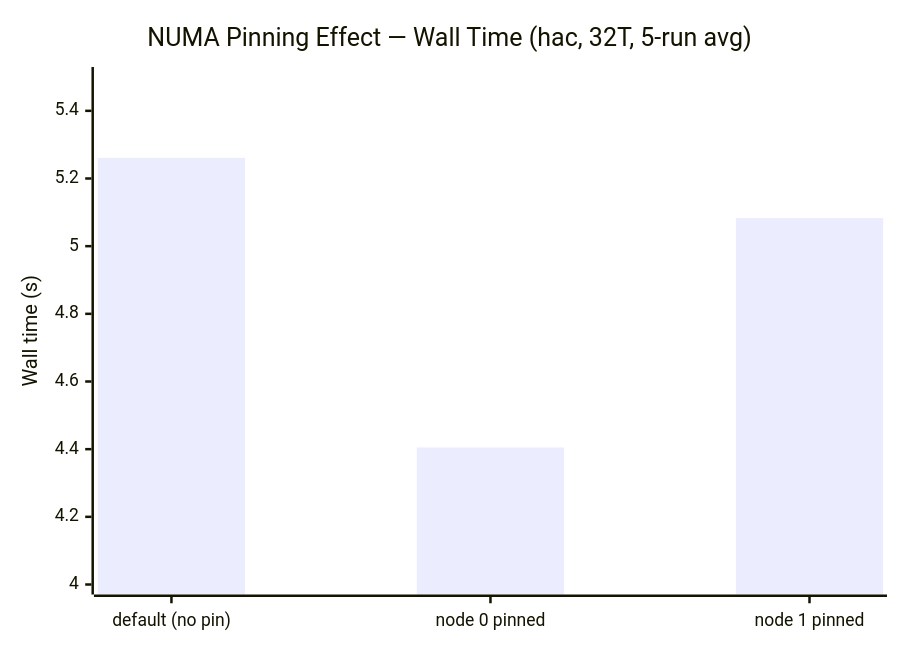
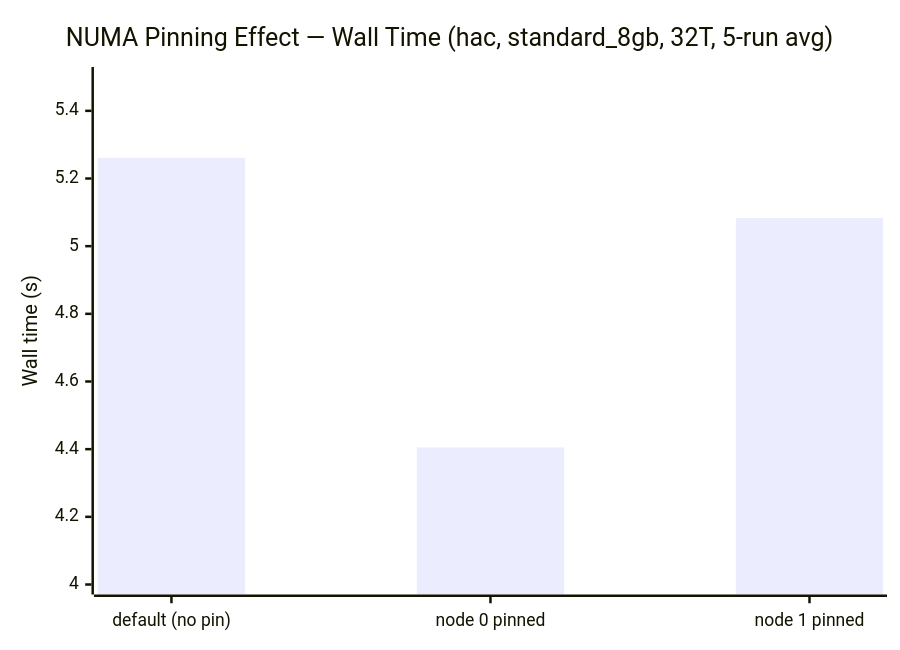
Diagram 12 of 23 in README.md (KathpaliaChirag/Nanopore-project), drawn with Mermaid before and after one commit. The commit also changed other lines of this file, not shown here.

````diff
--- a/README.md
+++ b/README.md
@@ -323,7 +443,7 @@
 ```mermaid
 xychart-beta
-    title "NUMA Pinning Effect — Wall Time (hac, 32T, 5-run avg)"
+    title "NUMA Pinning Effect — Wall Time (hac, standard_8gb, 32T, 5-run avg)"
     x-axis ["default (no pin)", "node 0 pinned", "node 1 pinned"]
     y-axis "Wall time (s)" 4.0 --> 5.5
     bar [5.261, 4.405, 5.083]
 ```
````
